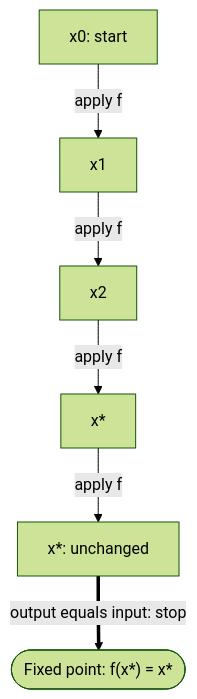
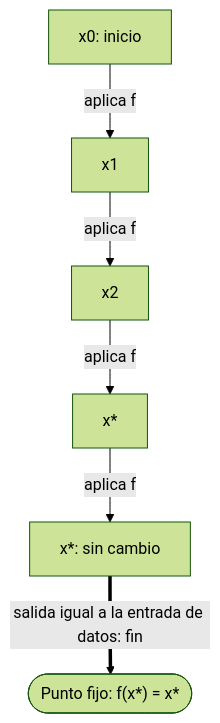
The diagram in lessons/cs-source/concepts/fixed-point-iteration.md (dullroar/aprende-a-programar-como-un-bicho-raro), drawn with Mermaid (forest theme) before and after one commit. The commit also changed other lines of this file and 47 other files, not shown here.

````diff
--- a/lessons/cs-source/concepts/fixed-point-iteration.md
+++ b/lessons/cs-source/concepts/fixed-point-iteration.md
@@ -8,8 +8,8 @@
 ```mermaid
 flowchart TB
-    accTitle: Fixed-point iteration means keep transforming until one more pass changes nothing
-    accDescr: A chain of values, top to bottom. The start value x0 goes through f to give x1, through f again to give x2, and through f again to give x-star. Applying f to x-star gives x-star again, so the value is unchanged. Because the output equals the input, the iteration stops. That unchanged value is the fixed point.
-    x0["x0: start"] -->|"apply f"| x1["x1"] -->|"apply f"| x2["x2"] -->|"apply f"| xs["x*"]
-    xs -->|"apply f"| same["x*: unchanged"]
-    same ==>|"output equals input: stop"| done(["Fixed point: f(x*) = x*"])
+    accTitle: La iteración de punto fijo transforma el valor hasta que otra pasada lo deja intacto
+    accDescr: Cadena de valores de arriba abajo. El valor inicial x0 pasa por f y da x1. Pasa otra vez por f y da x2. Pasa una vez más por f y da x estrella. Al aplicar f a x estrella se obtiene de nuevo x estrella, así que el valor queda intacto. La salida es igual a la entrada de datos y por eso termina la iteración. El valor que no cambia es el punto fijo.
+    x0["x0: inicio"] -->|"aplica f"| x1["x1"] -->|"aplica f"| x2["x2"] -->|"aplica f"| xs["x*"]
+    xs -->|"aplica f"| same["x*: sin cambio"]
+    same ==>|"salida igual a la entrada de datos: fin"| done(["Punto fijo: f(x*) = x*"])
 ```
````
